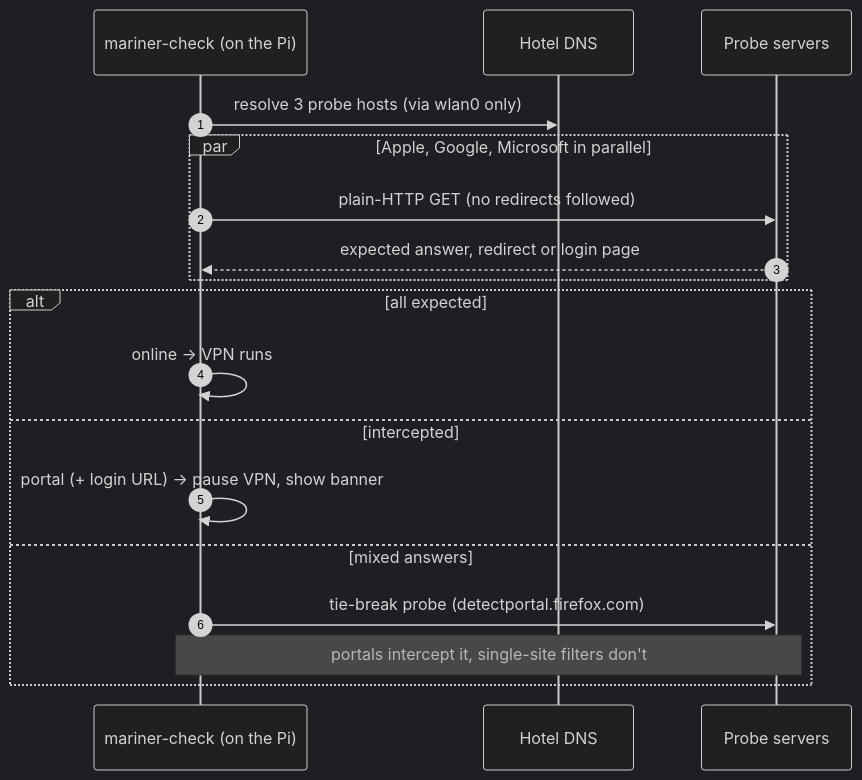
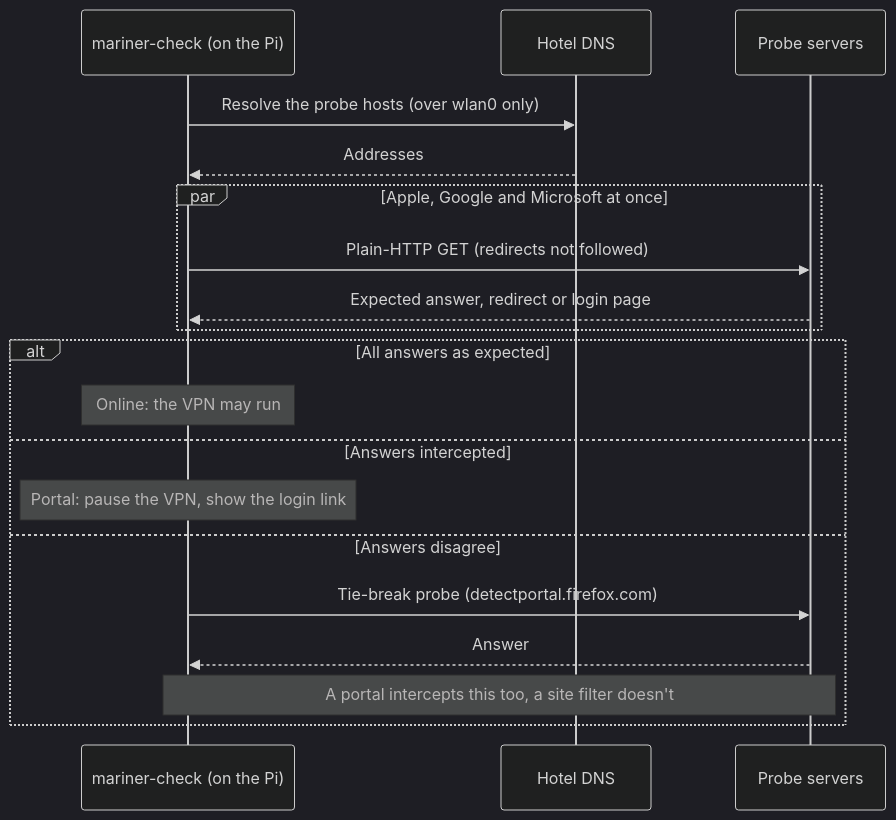
The fourth of 4 diagrams in README.md (Jotspot/mariner), drawn with Mermaid (dark theme) before and after one commit. The commit also changed other lines of this file and 8 other files, not shown here.

Commit message:
README: readable diagrams (no overlapping labels, compact overview, connected DNS path)

````diff
--- a/README.md
+++ b/README.md
@@ -224,20 +230,21 @@
 ```mermaid
 sequenceDiagram
-    autonumber
     participant M as mariner-check (on the Pi)
     participant D as Hotel DNS
     participant W as Probe servers
-    M->>D: resolve 3 probe hosts (via wlan0 only)
-    par Apple, Google, Microsoft in parallel
-        M->>W: plain-HTTP GET (no redirects followed)
-        W-->>M: expected answer, redirect or login page
+    M->>D: Resolve the probe hosts (over wlan0 only)
+    D-->>M: Addresses
+    par Apple, Google and Microsoft at once
+        M->>W: Plain-HTTP GET (redirects not followed)
+        W-->>M: Expected answer, redirect or login page
     end
-    alt all expected
-        M->>M: online → VPN runs
-    else intercepted
-        M->>M: portal (+ login URL) → pause VPN, show banner
-    else mixed answers
-        M->>W: tie-break probe (detectportal.firefox.com)
-        Note over M,W: portals intercept it, single-site filters don't
+    alt All answers as expected
+        Note over M: Online: the VPN may run
+    else Answers intercepted
+        Note over M: Portal: pause the VPN, show the login link
+    else Answers disagree
+        M->>W: Tie-break probe (detectportal.firefox.com)
+        W-->>M: Answer
+        Note over M,W: A portal intercepts this too, a site filter doesn't
     end
 ```
````
